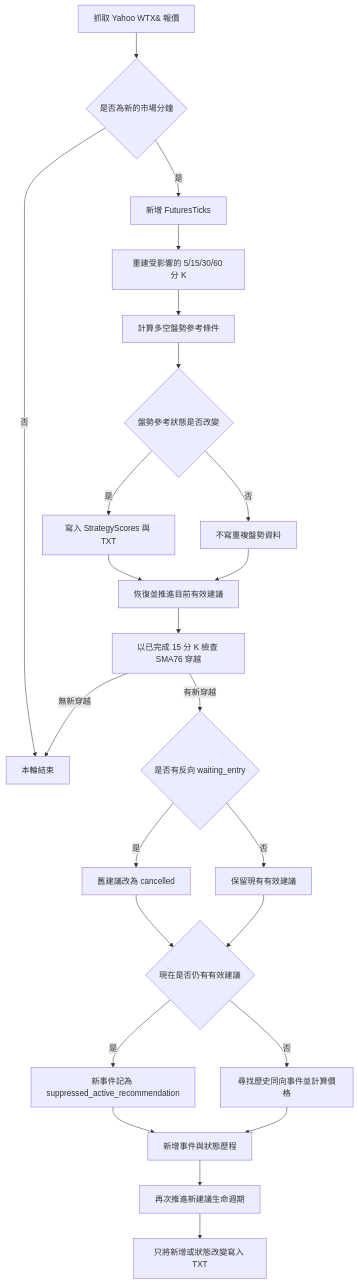
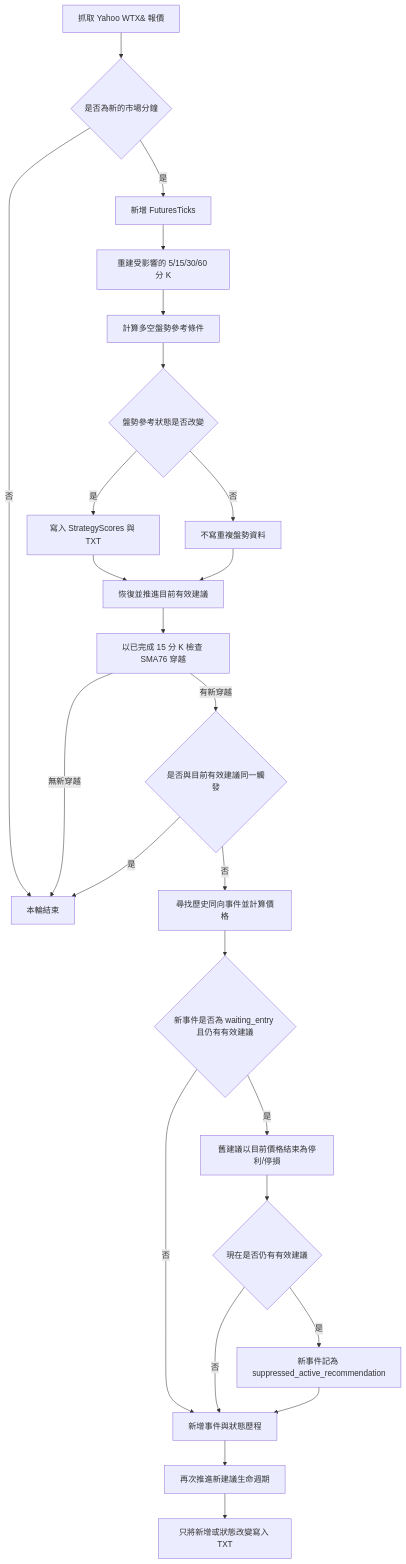
Before and after one commit to osborn2002shon/Futures: the diagram in docs/current-strategy-calculation.md, drawn with Mermaid. The commit also changed other lines of this file and 11 other files, not shown here.

````diff
--- a/docs/current-strategy-calculation.md
+++ b/docs/current-strategy-calculation.md
@@ -36,26 +36,27 @@
 ```mermaid
 flowchart TD
     A["抓取 Yahoo WTX& 報價"] --> B{"是否為新的市場分鐘"}
     B -- "否" --> Z["本輪結束"]
     B -- "是" --> C["新增 FuturesTicks"]
     C --> D["重建受影響的 5/15/30/60 分 K"]
     D --> E["計算多空盤勢參考條件"]
     E --> F{"盤勢參考狀態是否改變"}
     F -- "是" --> G["寫入 StrategyScores 與 TXT"]
     F -- "否" --> H["不寫重複盤勢資料"]
     G --> I["恢復並推進目前有效建議"]
     H --> I
     I --> J["以已完成 15 分 K 檢查 SMA76 穿越"]
     J -- "無新穿越" --> Z
-    J -- "有新穿越" --> K{"是否有反向 waiting_entry"}
-    K -- "是" --> L["舊建議改為 cancelled"]
-    K -- "否" --> M["保留現有有效建議"]
-    L --> N{"現在是否仍有有效建議"}
-    M --> N
-    N -- "是" --> O["新事件記為 suppressed_active_recommendation"]
-    N -- "否" --> P["尋找歷史同向事件並計算價格"]
-    O --> Q["新增事件與狀態歷程"]
+    J -- "有新穿越" --> K{"是否與目前有效建議同一觸發"}
+    K -- "是" --> Z
+    K -- "否" --> L["尋找歷史同向事件並計算價格"]
+    L --> M{"新事件是否為 waiting_entry 且仍有有效建議"}
+    M -- "是" --> N["舊建議以目前價格結束為停利/停損"]
+    M -- "否" --> Q["新增事件與狀態歷程"]
+    N --> O{"現在是否仍有有效建議"}
+    O -- "是" --> P["新事件記為 suppressed_active_recommendation"]
+    O -- "否" --> Q
     P --> Q
     Q --> R["再次推進新建議生命週期"]
     R --> S["只將新增或狀態改變寫入 TXT"]
 ```
````
